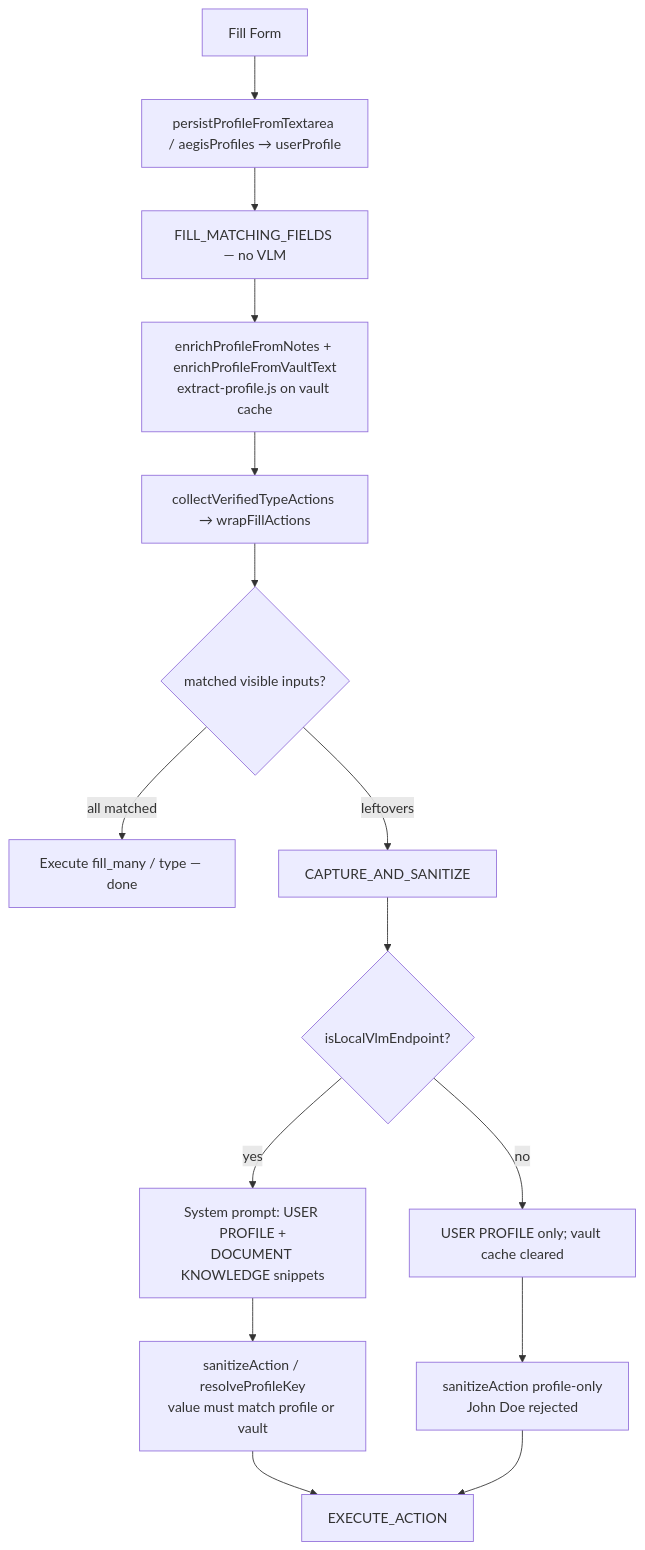
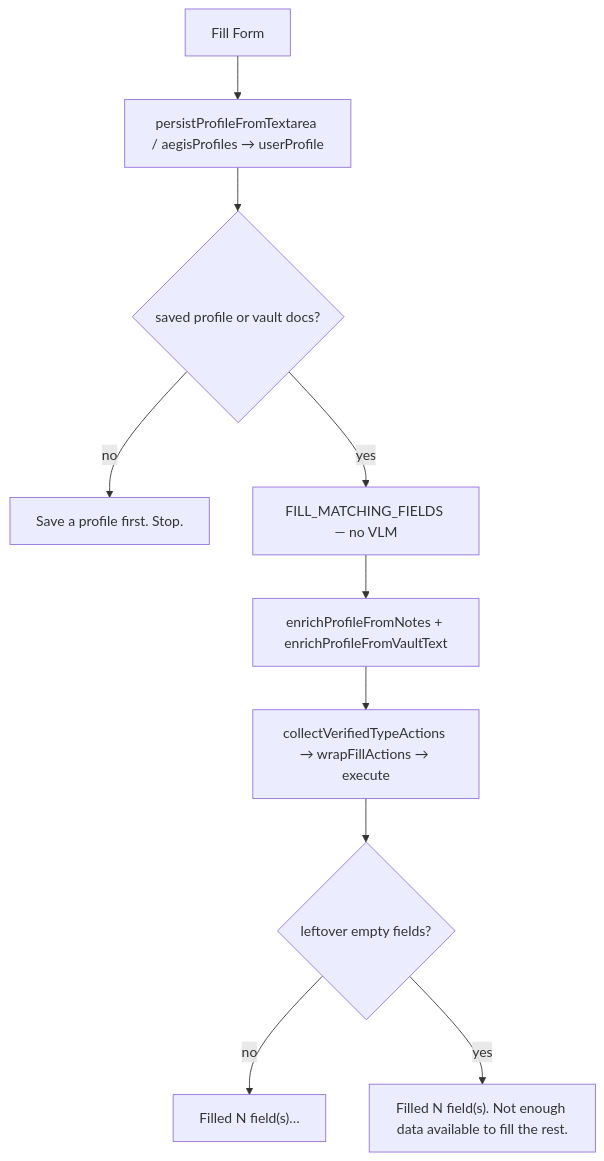
The second of 2 diagrams in docs/PROFILE_FILL_ARCHITECTURE.md (MrEGAMERZ/AEGIS), drawn with Mermaid before and after one commit. The commit also changed other lines of this file and 17 other files, not shown here.

First line of the commit message:
Fill every matching field first, then warn about leftovers.

````diff
--- a/docs/PROFILE_FILL_ARCHITECTURE.md
+++ b/docs/PROFILE_FILL_ARCHITECTURE.md
@@ -83,17 +83,12 @@
 ```mermaid
 flowchart TD
   A["Fill Form"] --> B["persistProfileFromTextarea / aegisProfiles → userProfile"]
-  B --> C["FILL_MATCHING_FIELDS — no VLM"]
-  C --> D["enrichProfileFromNotes + enrichProfileFromVaultText\nextract-profile.js on vault cache"]
-  D --> E["collectVerifiedTypeActions → wrapFillActions"]
-  E --> F{"matched visible inputs?"}
-  F -->|all matched| G["Execute fill_many / type — done"]
-  F -->|leftovers| H["CAPTURE_AND_SANITIZE"]
-  H --> I{"isLocalVlmEndpoint?"}
-  I -->|yes| J["System prompt: USER PROFILE +\nDOCUMENT KNOWLEDGE snippets"]
-  I -->|no| K["USER PROFILE only; vault cache cleared"]
-  J --> L["sanitizeAction / resolveProfileKey\nvalue must match profile or vault"]
-  K --> M["sanitizeAction profile-only\nJohn Doe rejected"]
-  L --> N["EXECUTE_ACTION"]
-  M --> N
+  B --> C{"saved profile or vault docs?"}
+  C -->|no| D["Save a profile first. Stop."]
+  C -->|yes| E["FILL_MATCHING_FIELDS — no VLM"]
+  E --> F["enrichProfileFromNotes + enrichProfileFromVaultText"]
+  F --> G["collectVerifiedTypeActions → wrapFillActions → execute"]
+  G --> H{"leftover empty fields?"}
+  H -->|no| I["Filled N field(s)…"]
+  H -->|yes| J["Filled N field(s). Not enough data available to fill the rest."]
 ```
````
